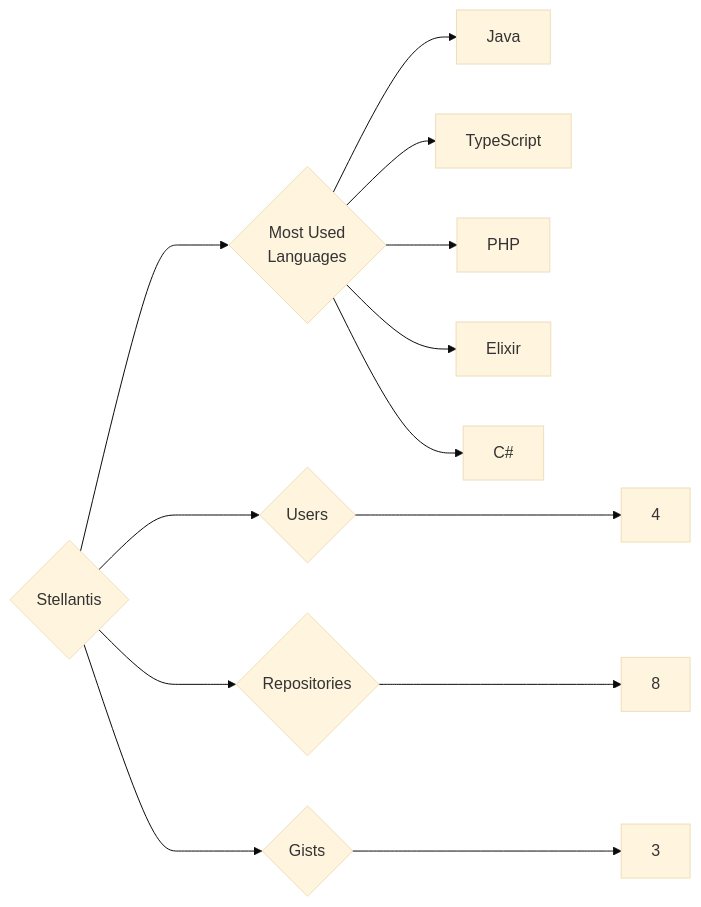
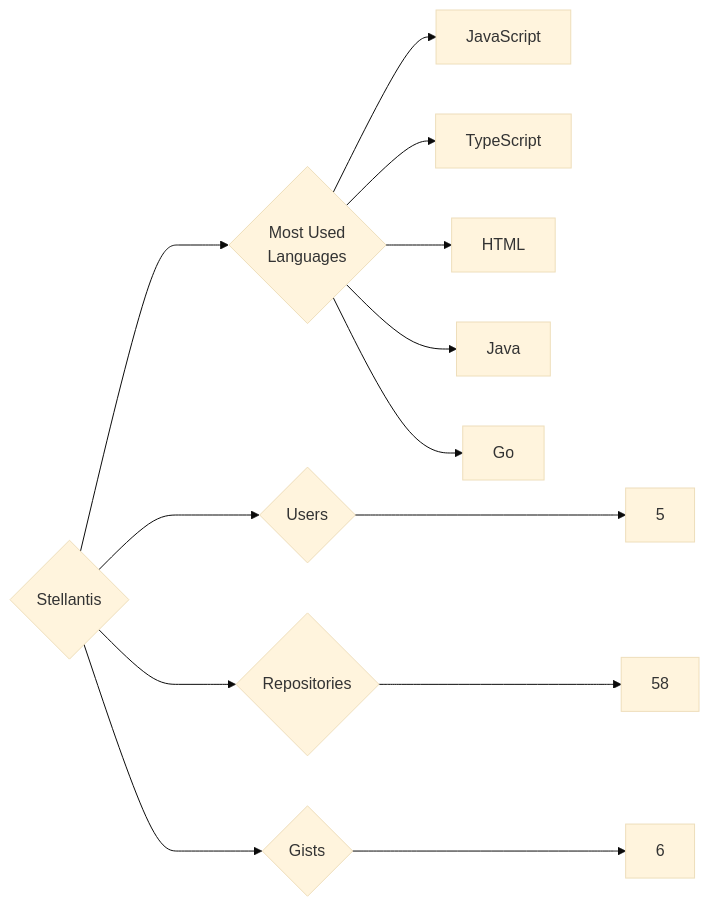
One commit to trickest/insiders changed the diagram in targets/Stellantis/README.md. Above: the diagram before and after it, drawn with Mermaid (base theme). The commit also changed 797 other files, not shown here.

````diff
--- a/targets/Stellantis/README.md
+++ b/targets/Stellantis/README.md
@@ -3,13 +3,13 @@
 ```mermaid
 graph LR
 COMPANY_NAME{Stellantis}
-COMPANY_NAME ---> U{Users} ---> UN[4]
-COMPANY_NAME ---> R{Repositories} ---> RN[8]
-COMPANY_NAME ---> G{Gists} ---> GN[3]
+COMPANY_NAME ---> U{Users} ---> UN[5]
+COMPANY_NAME ---> R{Repositories} ---> RN[58]
+COMPANY_NAME ---> G{Gists} ---> GN[6]
 COMPANY_NAME ---> ML{Most Used<br>Languages}
+ML --> JavaScript[JavaScript]
+ML --> TypeScript[TypeScript]
+ML --> HTML[HTML]
 ML --> Java[Java]
-ML --> TypeScript[TypeScript]
-ML --> PHP[PHP]
-ML --> Elixir[Elixir]
-ML --> C#[C#]
+ML --> Go[Go]
 ```
````
